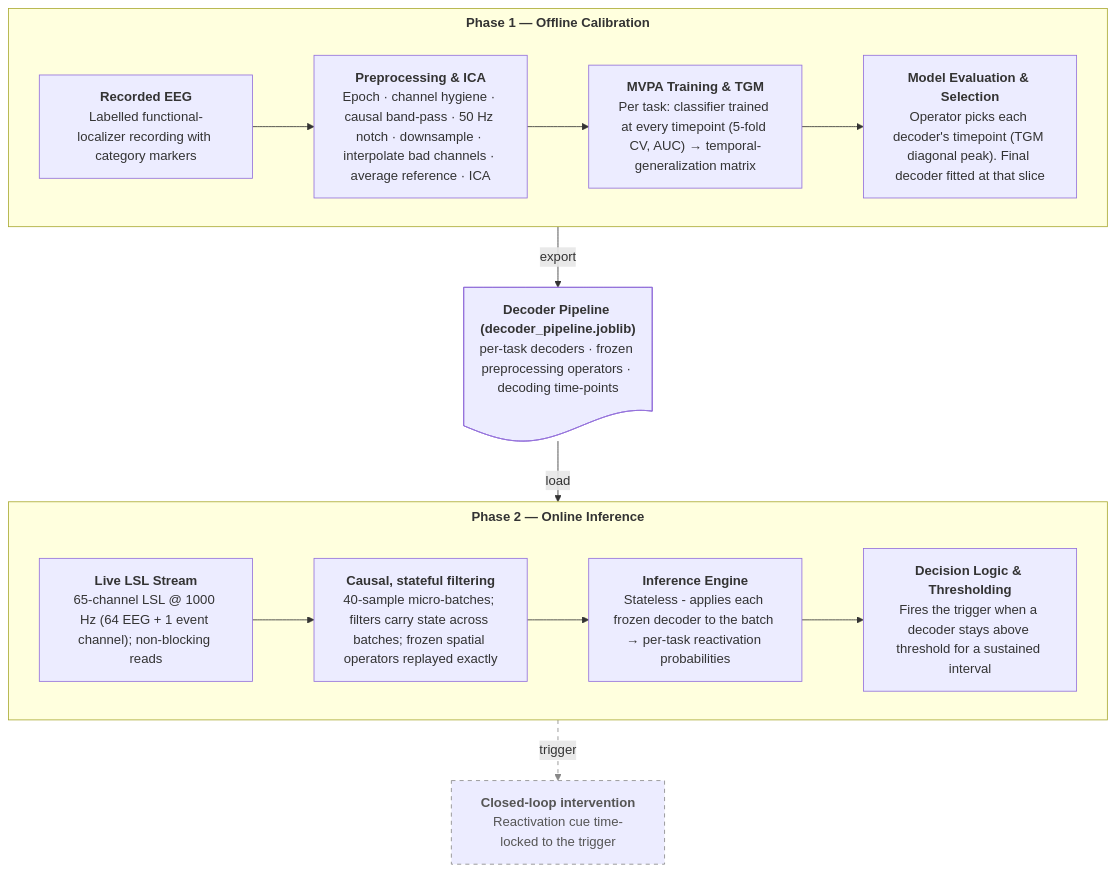
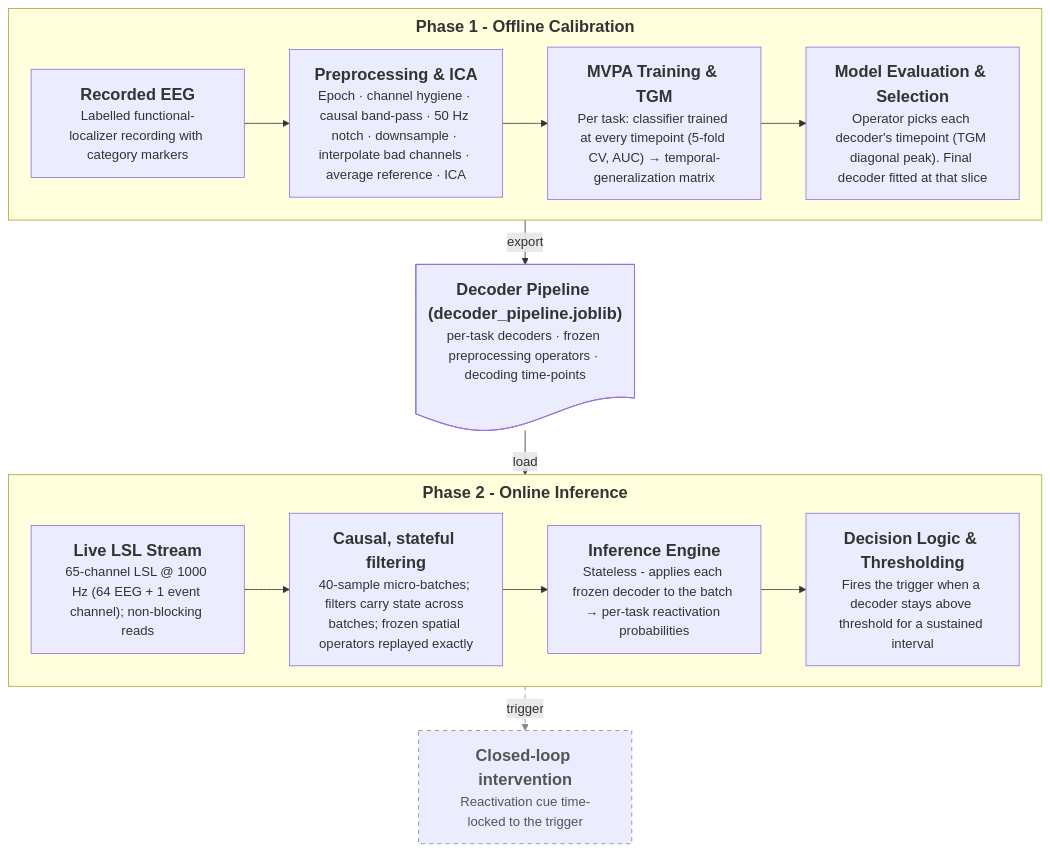
Before and after one commit to roiguri/live-reactivation-decoder: the second of 2 diagrams in docs/diagrams/Project Diagrams Blueprints.md, drawn with Mermaid. The commit also changed 1 other file, not shown here.

Commit message:
docs(diagrams): enlarge Figure 2 titles, use hyphens, tighten spacing

````diff
--- a/docs/diagrams/Project Diagrams Blueprints.md
+++ b/docs/diagrams/Project Diagrams Blueprints.md
@@ -94,39 +94,41 @@
 ```mermaid
 ---
 config:
   flowchart:
     subGraphTitleMargin:
       top: 6
       bottom: 16
+    rankSpacing: 30
+    nodeSpacing: 30
 ---
 flowchart TB
-    subgraph P1["<b>Phase 1 — Offline Calibration</b>"]
+    subgraph P1["<span style='font-size:20px'><b>Phase 1 - Offline Calibration</b></span>"]
         direction LR
-        Data1["<b>Recorded EEG</b><br>Labelled functional-localizer recording with category markers"]
-        Pre1["<b>Preprocessing & ICA</b><br>Epoch · channel hygiene · causal band-pass · 50 Hz notch · downsample · interpolate bad channels · average reference · ICA"]
-        Train1["<b>MVPA Training & TGM</b><br>Per task: classifier trained at every timepoint (5-fold CV, AUC) → temporal-generalization matrix"]
-        Sel1["<b>Model Evaluation & Selection</b><br>Operator picks each decoder's timepoint (TGM diagonal peak). Final decoder fitted at that slice"]
+        Data1["<span style='font-size:20px'><b>Recorded EEG</b></span><br>Labelled functional-localizer recording with category markers"]
+        Pre1["<span style='font-size:20px'><b>Preprocessing & ICA</b></span><br>Epoch · channel hygiene · causal band-pass · 50 Hz notch · downsample · interpolate bad channels · average reference · ICA"]
+        Train1["<span style='font-size:20px'><b>MVPA Training & TGM</b></span><br>Per task: classifier trained at every timepoint (5-fold CV, AUC) → temporal-generalization matrix"]
+        Sel1["<span style='font-size:20px'><b>Model Evaluation & Selection</b></span><br>Operator picks each decoder's timepoint (TGM diagonal peak). Final decoder fitted at that slice"]
         Data1 --> Pre1 --> Train1 --> Sel1
     end
 
-    Pipe@{ shape: doc, label: "<b>Decoder Pipeline (decoder_pipeline.joblib)</b><br>per-task decoders · frozen preprocessing operators · decoding time-points" }
+    Pipe@{ shape: doc, label: "<span style='font-size:20px'><b>Decoder Pipeline (decoder_pipeline.joblib)</b></span><br>per-task decoders · frozen preprocessing operators · decoding time-points" }
 
-    subgraph P2["<b>Phase 2 — Online Inference</b>"]
+    subgraph P2["<span style='font-size:20px'><b>Phase 2 - Online Inference</b></span>"]
         direction LR
-        Stream2["<b>Live LSL Stream</b><br>65-channel LSL @ 1000 Hz (64 EEG + 1 event channel); non-blocking reads"]
-        Filt2["<b>Causal, stateful filtering</b><br>40-sample micro-batches; filters carry state across batches; frozen spatial operators replayed exactly"]
-        Inf2["<b>Inference Engine</b><br>Stateless - applies each frozen decoder to the batch → per-task reactivation probabilities"]
-        Dec2["<b>Decision Logic & Thresholding</b><br>Fires the trigger when a decoder stays above threshold for a sustained interval"]
+        Stream2["<span style='font-size:20px'><b>Live LSL Stream</b></span><br>65-channel LSL @ 1000 Hz (64 EEG + 1 event channel); non-blocking reads"]
+        Filt2["<span style='font-size:20px'><b>Causal, stateful filtering</b></span><br>40-sample micro-batches; filters carry state across batches; frozen spatial operators replayed exactly"]
+        Inf2["<span style='font-size:20px'><b>Inference Engine</b></span><br>Stateless - applies each frozen decoder to the batch → per-task reactivation probabilities"]
+        Dec2["<span style='font-size:20px'><b>Decision Logic & Thresholding</b></span><br>Fires the trigger when a decoder stays above threshold for a sustained interval"]
         Stream2 --> Filt2 --> Inf2 --> Dec2
     end
 
-    Interv["<b>Closed-loop intervention</b><br>Reactivation cue time-locked to the trigger"]
+    Interv["<span style='font-size:20px'><b>Closed-loop intervention</b></span><br>Reactivation cue time-locked to the trigger"]
 
     Sel1 -->|export| Pipe
     Pipe -->|load| P2
     Dec2 -->|trigger| Interv
 
     classDef future stroke:#888,stroke-dasharray: 5 5,color:#555;
     class Interv future;
     linkStyle 8 stroke:#888,stroke-dasharray: 5 5;
 ```
````
